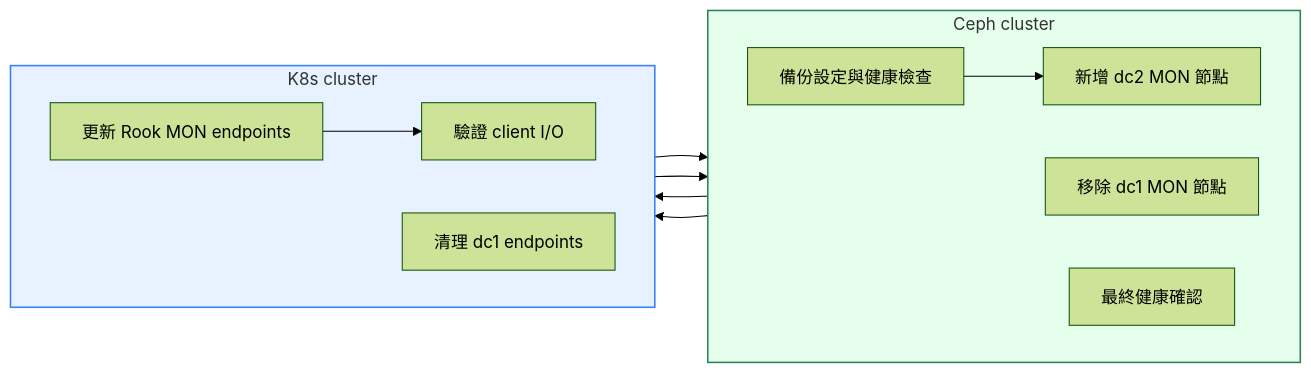
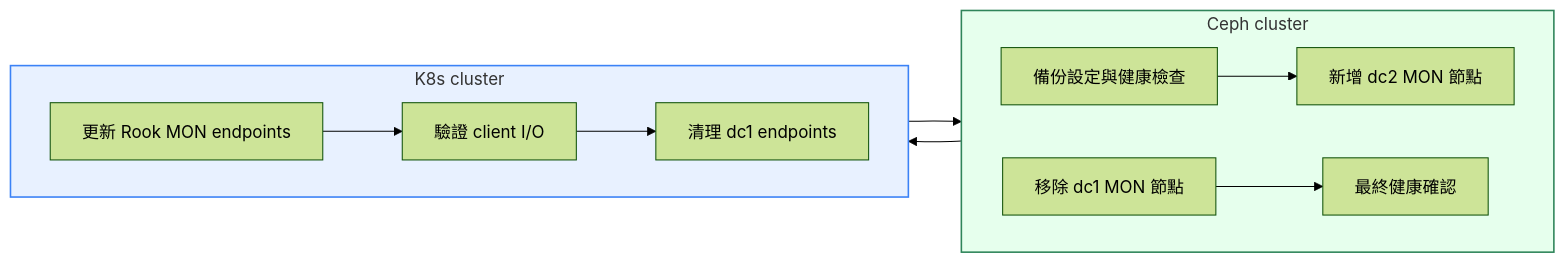
One commit to MansionLai/notebook changed the diagram in storage/ceph-cross-dc-migration/detail_runbook.md. Above: the diagram before and after it, drawn with Mermaid (forest theme). The commit also changed other lines of this file, not shown here.

Commit message:
docs: reorder ceph mon cutover sequence

````diff
--- a/storage/ceph-cross-dc-migration/detail_runbook.md
+++ b/storage/ceph-cross-dc-migration/detail_runbook.md
@@ -15,23 +15,23 @@
 ```mermaid
 flowchart LR
     subgraph CEPH["Ceph cluster"]
         direction LR
         A[備份設定與健康檢查] --> B[新增 dc2 MON 節點]
         E[移除 dc1 MON 節點]
         F[最終健康確認]
     end
 
     subgraph K8S["K8s cluster"]
         direction LR
         C[更新 Rook MON endpoints] --> D[驗證 client I/O]
         G[清理 dc1 endpoints]
     end
 
     B --> C
-    D --> E
-    E --> G
-    G --> F
+    D --> G
+    G --> E
+    E --> F
 
     style CEPH fill:#e6ffed,stroke:#2f855a,stroke-width:1.5px
     style K8S fill:#e8f1ff,stroke:#3b82f6,stroke-width:1.5px
 ```
````
